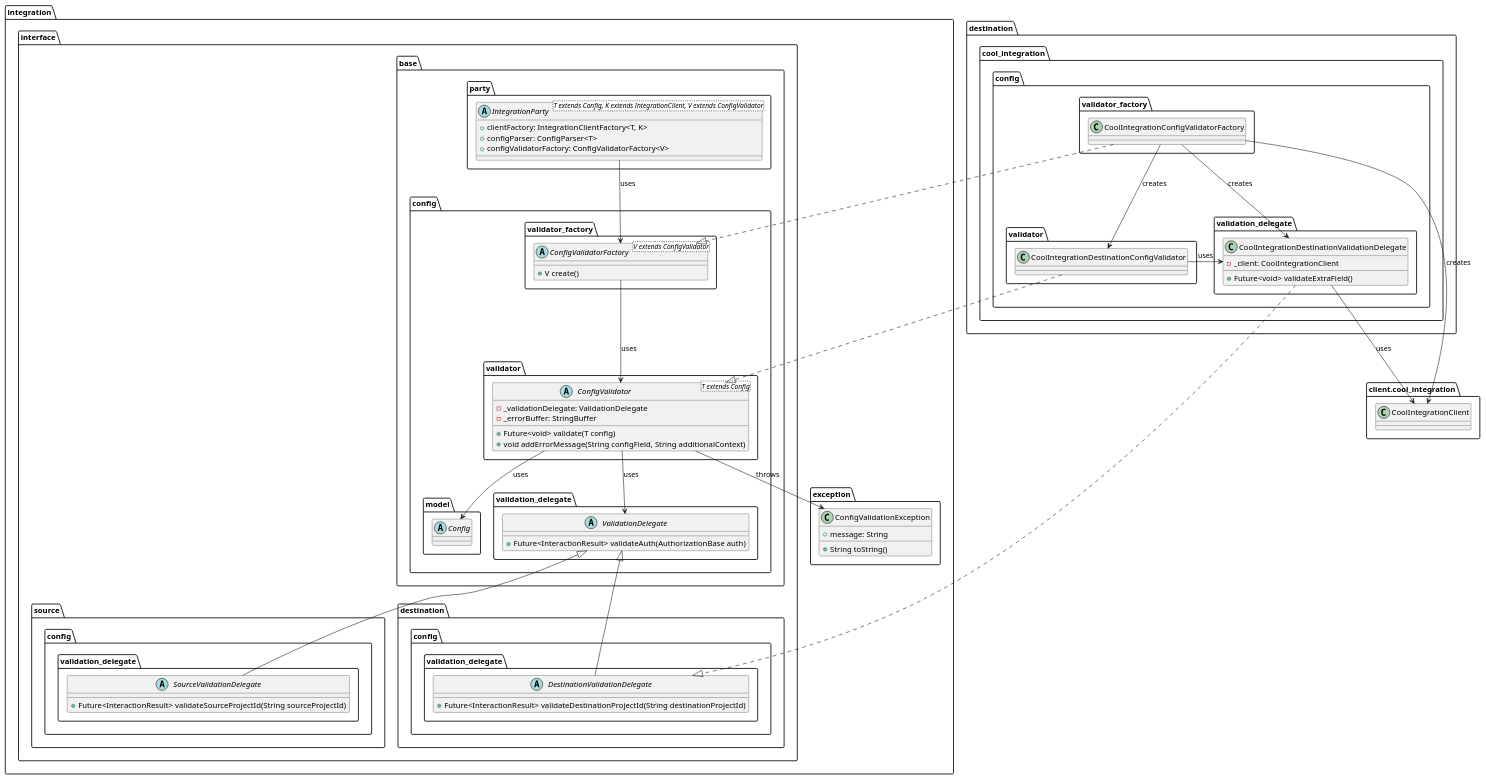
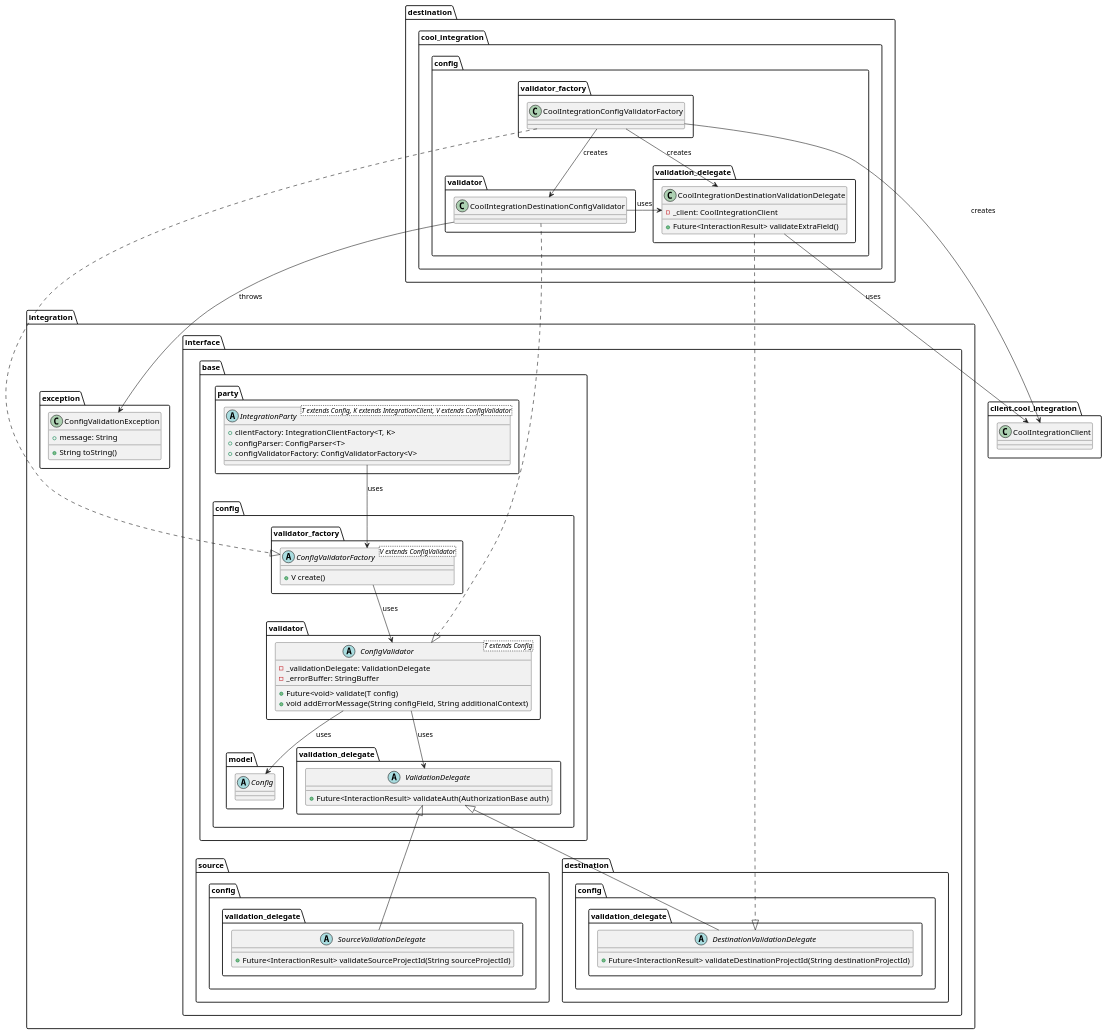
The diagram in metrics/ci_integrations/docs/diagrams/ci_integrations_config_validator_class_diagram.puml (Flank/flank-dashboard), drawn with PlantUML before and after one commit. The commit also changed 2 other files, not shown here.

Commit message:
Diagrams improvements, documentation fixes

```diff
--- a/metrics/ci_integrations/docs/diagrams/ci_integrations_config_validator_class_diagram.puml
+++ b/metrics/ci_integrations/docs/diagrams/ci_integrations_config_validator_class_diagram.puml
@@ -1,107 +1,107 @@
 @startuml ci_integrations_config_validator_class_diagram
 
     package integration {
         package interface {
             package base {
                 package party {
                     abstract class IntegrationParty<T extends Config, K extends IntegrationClient, V extends ConfigValidator> {
                         + clientFactory: IntegrationClientFactory<T, K>
                         + configParser: ConfigParser<T>
                         + configValidatorFactory: ConfigValidatorFactory<V>
                     }
                 }
 
                 package config {
                     package model {
                         abstract class Config {}
                     }
 
                     package validator {
                         abstract class ConfigValidator<T extends Config> {
                             - _validationDelegate: ValidationDelegate 
                             - _errorBuffer: StringBuffer
                             + Future<void> validate(T config)
                             + void addErrorMessage(String configField, String additionalContext)
                         }
                     }
 
                     package validation_delegate as base_validation_delegate {
                         abstract class ValidationDelegate {
                             + Future<InteractionResult> validateAuth(AuthorizationBase auth)
                         }
                     }
 
                     package validator_factory {
                         abstract class ConfigValidatorFactory<V extends ConfigValidator> {
                             + V create()
                         }
                     }
                 }
             }
 
             package source.config.validation_delegate {
                 abstract class SourceValidationDelegate {
                     + Future<InteractionResult> validateSourceProjectId(String sourceProjectId)
                 }
             }
 
             package destination.config.validation_delegate {
                 abstract class DestinationValidationDelegate {
                     + Future<InteractionResult> validateDestinationProjectId(String destinationProjectId)
                 }
             }
         }
 
         package exception {
             class ConfigValidationException {
                 + message: String
                 + String toString()
             }
         }
     }
 
     package destination.cool_integration {
         package config as cool_integration_config {
             package validator as cool_integration_validator {
                 class CoolIntegrationDestinationConfigValidator {}
             }
 
             package validator_factory as cool_integration_validator_validator_factory {
                 class CoolIntegrationConfigValidatorFactory {}
             }
 
             package validation_delegate {
                 class CoolIntegrationDestinationValidationDelegate {
                     - _client: CoolIntegrationClient
-                    + Future<void> validateExtraField()
+                    + Future<InteractionResult> validateExtraField()
                 }
             }
         }
     }
 
      package client.cool_integration as client_cool_integration {
         class CoolIntegrationClient {}
     }
 
     IntegrationParty --> ConfigValidatorFactory : uses
 
     ConfigValidatorFactory --> ConfigValidator : uses
 
     ConfigValidator --> ValidationDelegate : uses
-    ConfigValidator --> ConfigValidationException : throws
     ConfigValidator --> Config : uses
 
     SourceValidationDelegate --up|> ValidationDelegate
     DestinationValidationDelegate --up|> ValidationDelegate
 
     CoolIntegrationDestinationValidationDelegate ..|> DestinationValidationDelegate
 
     CoolIntegrationDestinationConfigValidator ..|> ConfigValidator
     CoolIntegrationDestinationConfigValidator -left-> CoolIntegrationDestinationValidationDelegate : uses
     CoolIntegrationDestinationValidationDelegate -down-> CoolIntegrationClient : uses
     CoolIntegrationConfigValidatorFactory ..|> ConfigValidatorFactory
     CoolIntegrationConfigValidatorFactory --> CoolIntegrationDestinationConfigValidator : creates
     CoolIntegrationConfigValidatorFactory --> CoolIntegrationClient : creates
     CoolIntegrationConfigValidatorFactory --> CoolIntegrationDestinationValidationDelegate : creates
+    CoolIntegrationDestinationConfigValidator --> ConfigValidationException : throws
 
 @enduml
```
